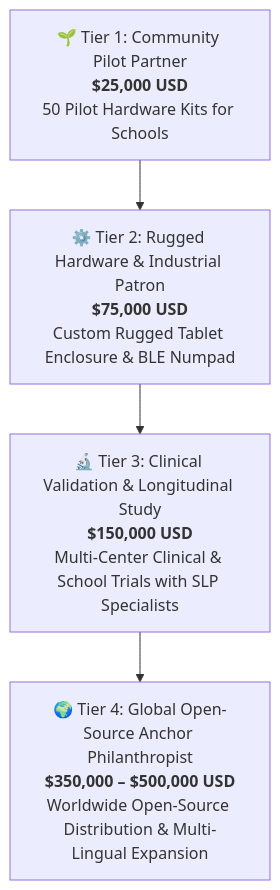
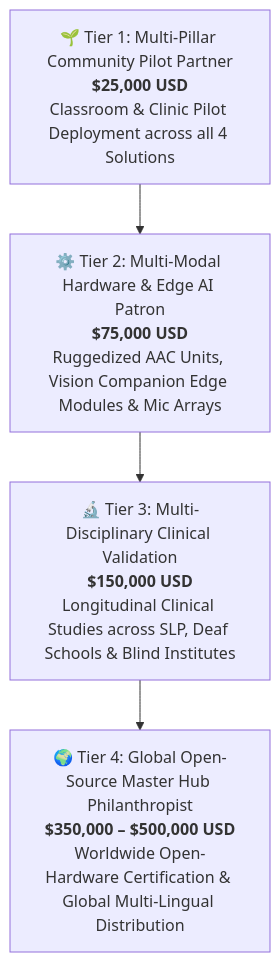
The second of 3 diagrams in FUNDING_AND_SPONSORSHIP_DOSSIER.md (luis-angel-montiel-moreno/Lumalee-AssistiveTech-Solutions-Hub), drawn with Mermaid before and after one commit. The commit also changed other lines of this file, not shown here.

Commit message:
Harmonize sponsorship dossier with master hub architecture across all 4 pillars

````diff
--- a/FUNDING_AND_SPONSORSHIP_DOSSIER.md
+++ b/FUNDING_AND_SPONSORSHIP_DOSSIER.md
@@ -140,9 +160,9 @@
 ```mermaid
 graph TD
-    T1["🌱 Tier 1: Community Pilot Partner<br/><b>$25,000 USD</b><br/>50 Pilot Hardware Kits for Schools"]
-    T2["⚙️ Tier 2: Rugged Hardware & Industrial Patron<br/><b>$75,000 USD</b><br/>Custom Rugged Tablet Enclosure & BLE Numpad"]
-    T3["🔬 Tier 3: Clinical Validation & Longitudinal Study<br/><b>$150,000 USD</b><br/>Multi-Center Clinical & School Trials with SLP Specialists"]
-    T4["🌍 Tier 4: Global Open-Source Anchor Philanthropist<br/><b>$350,000 – $500,000 USD</b><br/>Worldwide Open-Source Distribution & Multi-Lingual Expansion"]
+    T1["🌱 Tier 1: Multi-Pillar Community Pilot Partner<br/><b>$25,000 USD</b><br/>Classroom & Clinic Pilot Deployment across all 4 Solutions"]
+    T2["⚙️ Tier 2: Multi-Modal Hardware & Edge AI Patron<br/><b>$75,000 USD</b><br/>Ruggedized AAC Units, Vision Companion Edge Modules & Mic Arrays"]
+    T3["🔬 Tier 3: Multi-Disciplinary Clinical Validation<br/><b>$150,000 USD</b><br/>Longitudinal Clinical Studies across SLP, Deaf Schools & Blind Institutes"]
+    T4["🌍 Tier 4: Global Open-Source Master Hub Philanthropist<br/><b>$350,000 – $500,000 USD</b><br/>Worldwide Open-Hardware Certification & Global Multi-Lingual Distribution"]
 
     T1 --> T2 --> T3 --> T4
 ```
````
